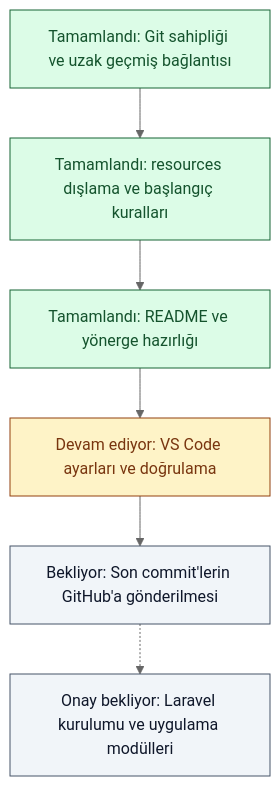
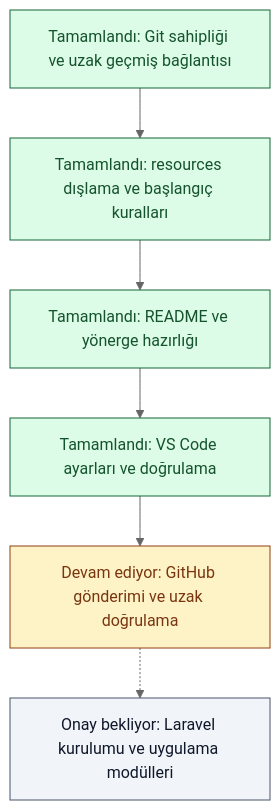
Before and after one commit to ufuktanyeri/tech-user-guide: the diagram in docs/surec.md, drawn with Mermaid (neutral theme). The commit also changed other lines of this file and 2 other files, not shown here.

Commit message:
chore(vscode): Laravel çalışma alanı ayarlarını yapılandır

````diff
--- a/docs/surec.md
+++ b/docs/surec.md
@@ -18,17 +19,17 @@
 ```mermaid
 flowchart TD
     A["Tamamlandı: Git sahipliği ve uzak geçmiş bağlantısı"]
     B["Tamamlandı: resources dışlama ve başlangıç kuralları"]
     C["Tamamlandı: README ve yönerge hazırlığı"]
-    D["Devam ediyor: VS Code ayarları ve doğrulama"]
-    E["Bekliyor: Son commit'lerin GitHub'a gönderilmesi"]
+    D["Tamamlandı: VS Code ayarları ve doğrulama"]
+    E["Devam ediyor: GitHub gönderimi ve uzak doğrulama"]
     F["Onay bekliyor: Laravel kurulumu ve uygulama modülleri"]
     A --> B --> C --> D --> E
     E -.-> F
     classDef tamam fill:#dcfce7,stroke:#166534,color:#14532d
     classDef devam fill:#fef3c7,stroke:#92400e,color:#78350f
     classDef bekliyor fill:#f1f5f9,stroke:#475569,color:#0f172a
-    class A,B,C tamam
-    class D devam
-    class E,F bekliyor
+    class A,B,C,D tamam
+    class E devam
+    class F bekliyor
 ```
````
